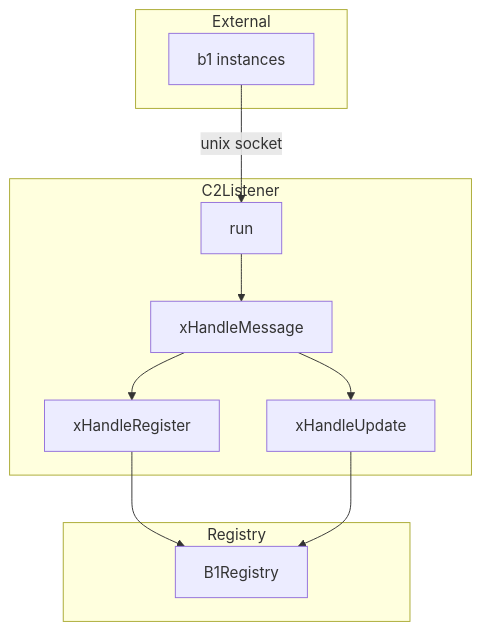
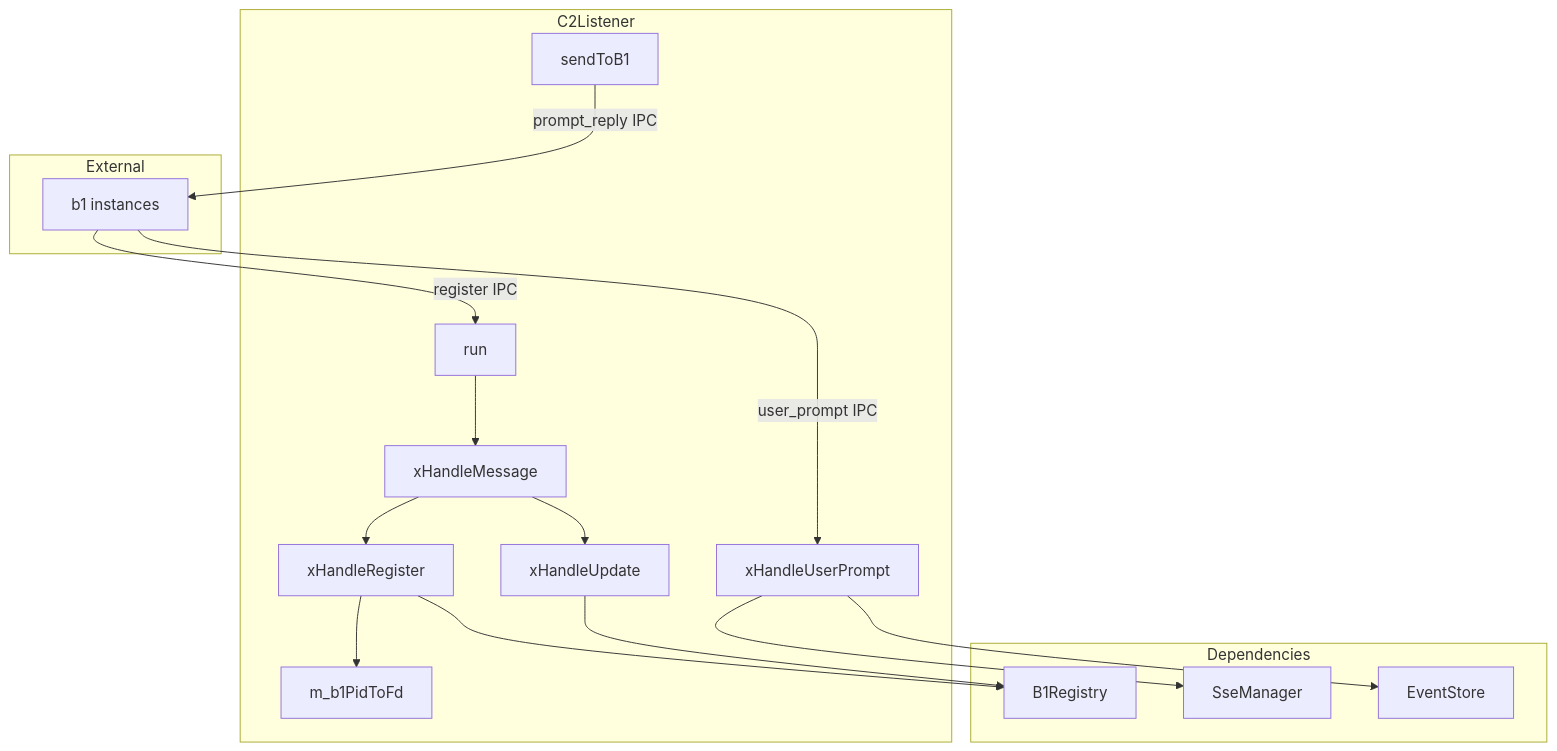
One commit to opensassi/a0 changed the first of 2 diagrams in src/c2/c2_listener.spec.md. Above: the diagram before and after it, drawn with Mermaid. The commit also changed other lines of this file and 71 other files, not shown here.

````diff
--- a/src/c2/c2_listener.spec.md
+++ b/src/c2/c2_listener.spec.md
@@ -41,24 +52,34 @@
 ```mermaid
 graph TB
     subgraph C2Listener
         LISTEN[run]
         MSG[xHandleMessage]
         REG[xHandleRegister]
         UPD[xHandleUpdate]
+        UP[xHandleUserPrompt]
+        SEND[sendToB1]
+        P2F[m_b1PidToFd]
     end
 
     subgraph External
         B1[b1 instances]
     end
 
-    subgraph Registry
+    subgraph Dependencies
         REGISTRY[B1Registry]
+        SSE[SseManager]
+        EV[EventStore]
     end
 
-    B1 -->|unix socket| LISTEN
+    B1 -->|user_prompt IPC| UP
+    B1 -->|register IPC| LISTEN
     LISTEN --> MSG
     MSG --> REG
     MSG --> UPD
+    REG --> P2F
     REG --> REGISTRY
     UPD --> REGISTRY
+    UP --> EV
+    UP --> SSE
+    SEND -->|prompt_reply IPC| B1
 ```
````
